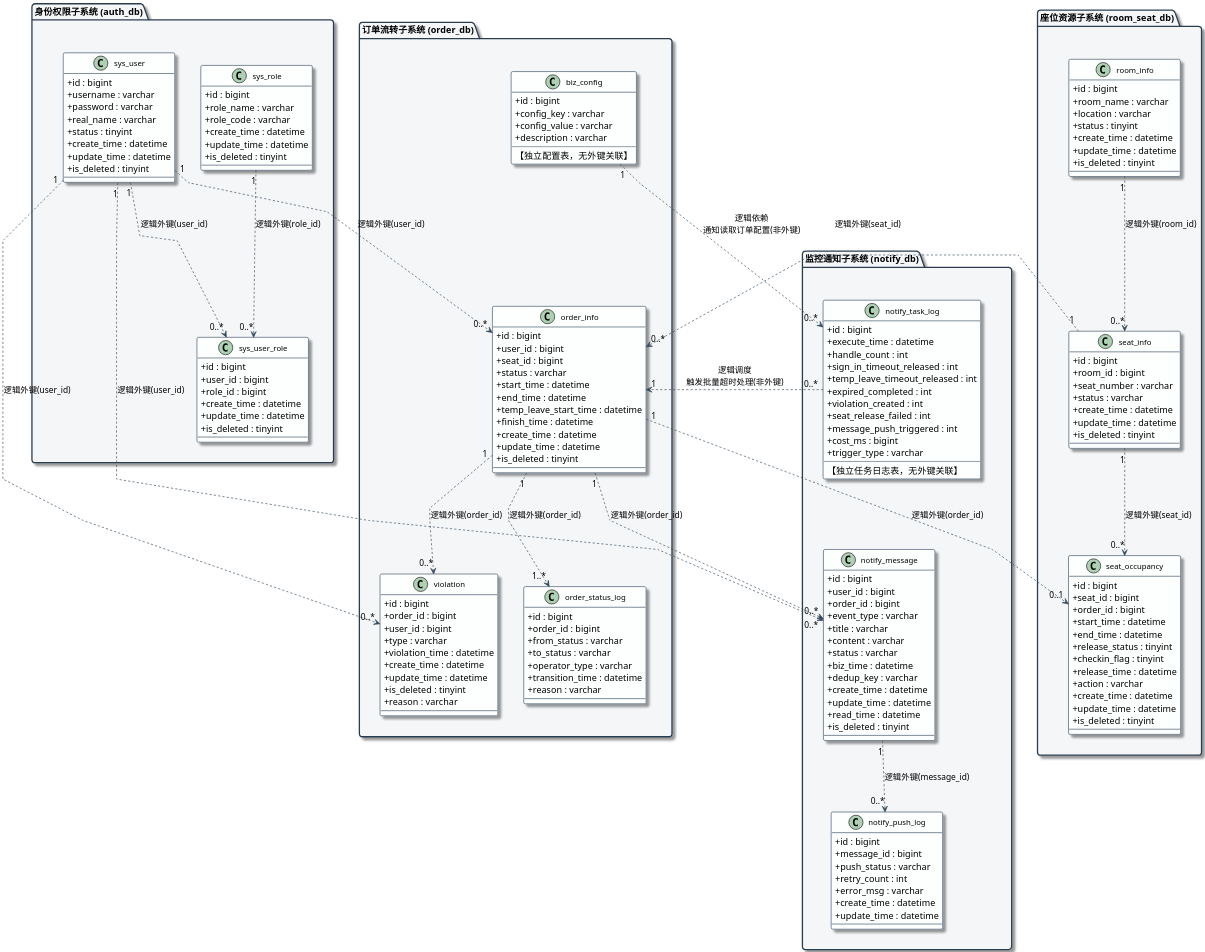
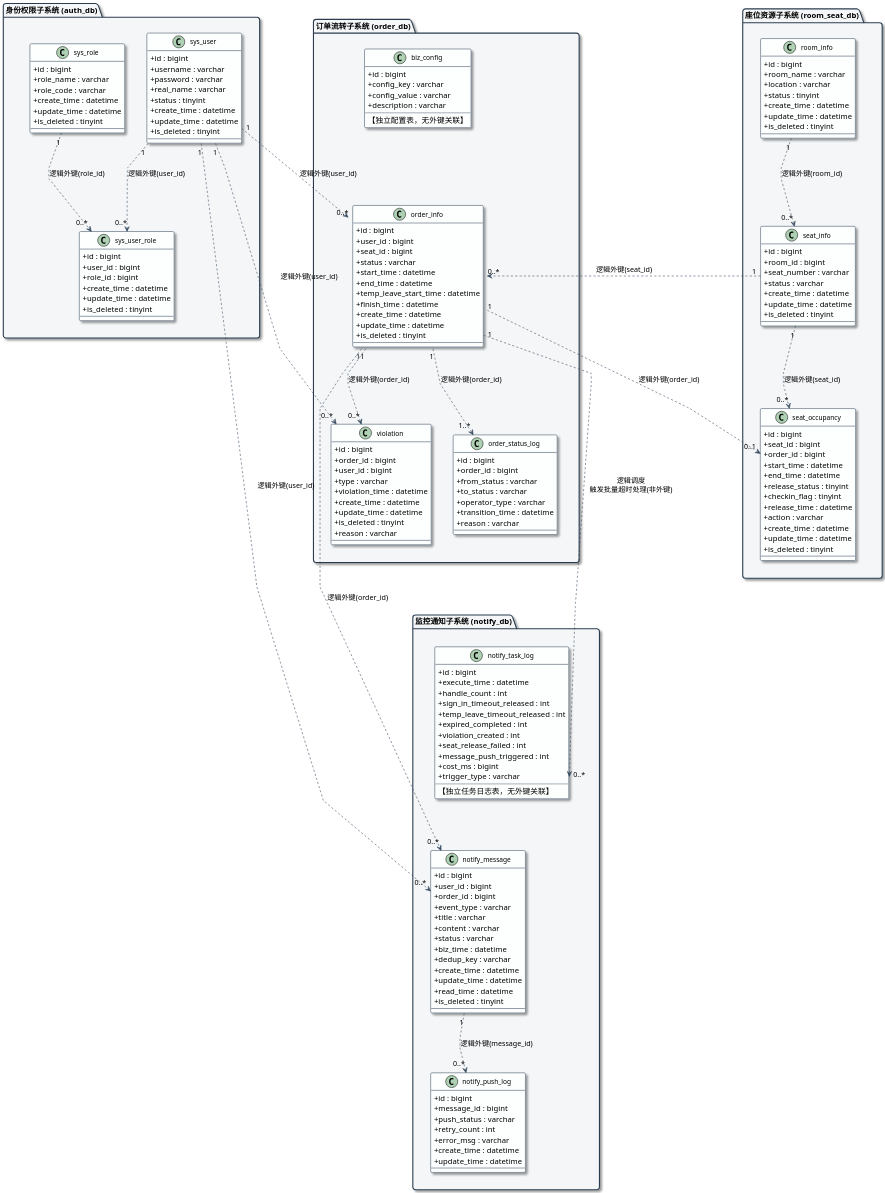
Before and after one commit to wlmm123/campus-study-room-system: the diagram in 03_UML设计模型/class_studyroom.puml, drawn with PlantUML. The commit also changed 1 other file, not shown here.

Commit message:
成员3-实体类图 puml 源文件 + PNG 图片（3.0）

```diff
--- a/03_UML设计模型/class_studyroom.puml
+++ b/03_UML设计模型/class_studyroom.puml
@@ -1,10 +1,14 @@
 @startuml 校园自习室分布式预约管理系统_实体类图
+' ================= 核心引擎设置 =================
 skinparam limitSize false
 skinparam dpi 200
 skinparam classAttributeIconSize 0
 skinparam shadowing true
 
-' 【关键】使用 polyline（折线）而不是纯粹的 ortho，可以避免长线乱绕
+' 【防截断魔法1】强制缩小整体比例，留出充足边界
+scale 0.85
+
+' 保持折线
 skinparam linetype polyline
 skinparam nodesep 40
 skinparam ranksep 90
@@ -58,7 +62,7 @@
     sys_user -[hidden]down- sys_user_role
 }
 
-' ================= 2. 订单流转子系统 (order_db) - 枢纽中心 =================
+' ================= 2. 订单流转子系统 (order_db) =================
 package "订单流转子系统 (order_db)" as order_db {
     together {
         class biz_config {
@@ -197,14 +201,20 @@
 }
 
 ' =========================================================
-' 核心排版：三列布局，紧凑居中
+' 【终极排版魔法】绝对位置锁定，防乱飞、防截断
 ' =========================================================
+' 布局：左（身份）、中（订单）、右（座位），下方（通知）
 auth_db -[hidden]right- order_db
 order_db -[hidden]right- room_seat_db
-order_db -[hidden]right- notify_db
 
-' 将右侧的座位和通知上下分开
-room_seat_db -[hidden]down- notify_db
+' 将通知系统死死压在订单系统的下方
+order_db -[hidden]down- notify_db
+
+' 利用最底部的表强行撑开画布底部，不再使用错误包名
+sys_user_role -[hidden]down- notify_push_log
+
+' 防止整体向左上角倾斜导致右边被切
+room_seat_db -[hidden]right- notify_db
 
 ' =========================================================
 ' 业务连线
@@ -230,12 +240,13 @@
 seat_info "1" ..> "0..*" order_info : 逻辑外键(seat_id)
 order_info "1" ..> "0..1" seat_occupancy : 逻辑外键(order_id)
 
-' 4. 中间(订单) 指向 右侧下(通知)
+' 4. 中间(订单) 指向 下方(通知)
 order_info "1" ..> "0..*" notify_message : 逻辑外键(order_id)
-notify_task_log "0..*" ..> "1" order_info : 逻辑调度\n触发批量超时处理(非外键)
-biz_config "1" ..> "0..*" notify_task_log : 逻辑依赖\n通知读取订单配置(非外键)
 
-' 5. 左侧(身份) 跨越连接 右侧下(通知)
+' 【防乱飞】直接指定从 order_info 的下方连向 notify_task_log 的上方
+order_info::is_deleted "1" ..down.> "0..*" notify_task_log::trigger_type : 逻辑调度\n触发批量超时处理(非外键)
+
+' 5. 左侧(身份) 跨越连接 下方(通知)
 sys_user "1" ..> "0..*" notify_message : 逻辑外键(user_id)
 
 @enduml
```
